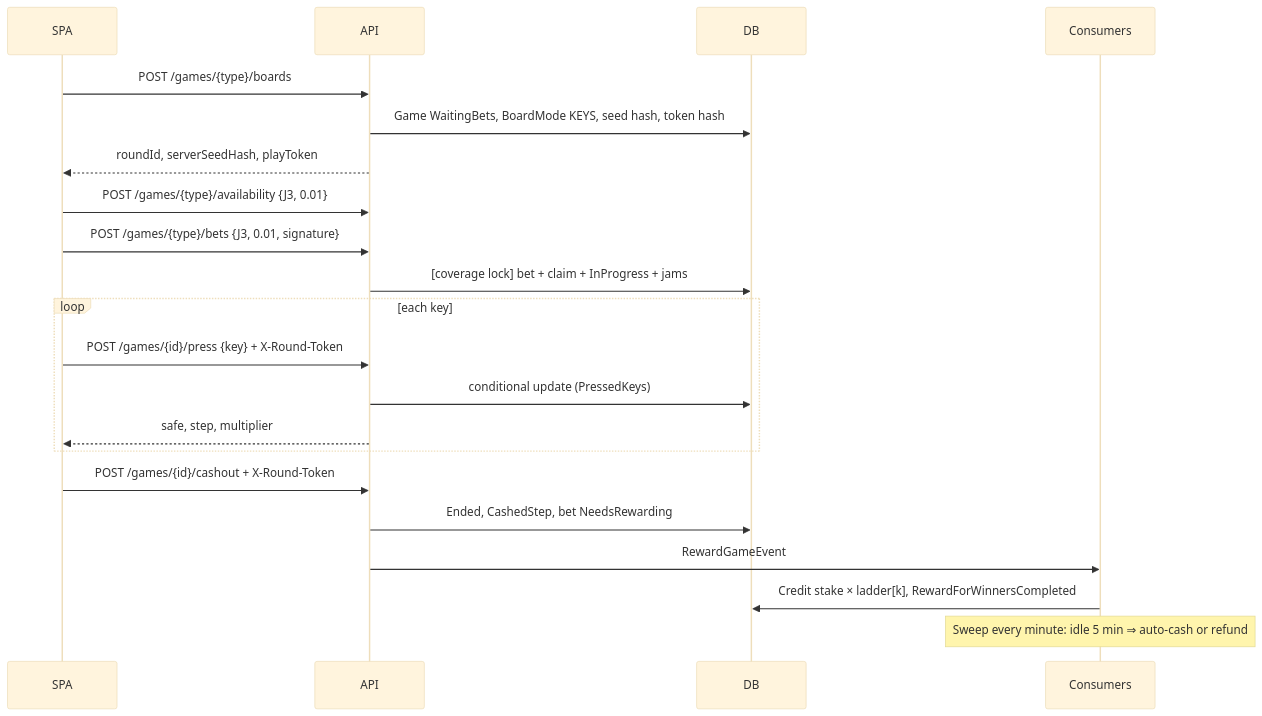
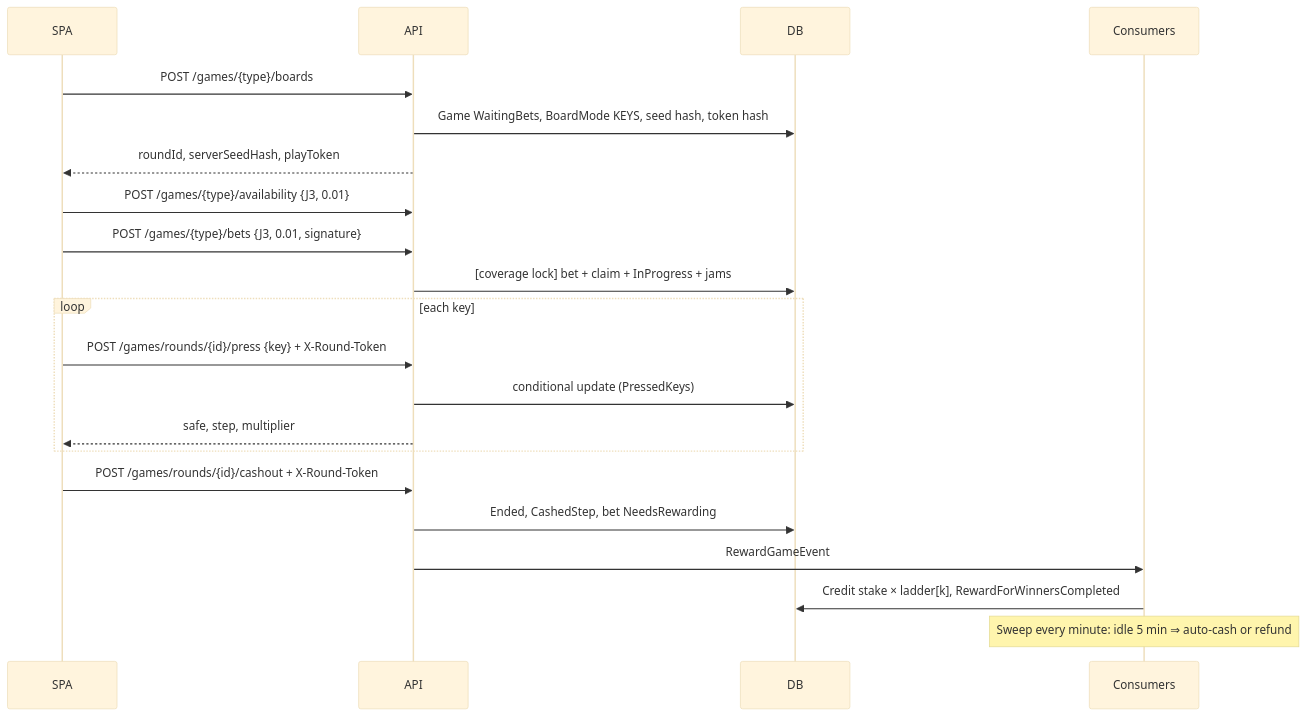
One commit to marcusruas/monkify-meta changed the diagram in specs/key-mines.md. Above: the diagram before and after it, drawn with Mermaid (base theme). The commit also changed other lines of this file and 2 other files, not shown here.

Commit message:
Key Mines: implementation plans; spec routes under rounds/{id}, S1 confirmed.

````diff
--- a/specs/key-mines.md
+++ b/specs/key-mines.md
@@ -485,23 +485,23 @@
 ```mermaid
 sequenceDiagram
   participant SPA
   participant API
   participant DB
   participant Consumers
   SPA->>API: POST /games/{type}/boards
   API->>DB: Game WaitingBets, BoardMode KEYS, seed hash, token hash
   API-->>SPA: roundId, serverSeedHash, playToken
   SPA->>API: POST /games/{type}/availability {J3, 0.01}
   SPA->>API: POST /games/{type}/bets {J3, 0.01, signature}
   API->>DB: [coverage lock] bet + claim + InProgress + jams
   loop each key
-    SPA->>API: POST /games/{id}/press {key} + X-Round-Token
+    SPA->>API: POST /games/rounds/{id}/press {key} + X-Round-Token
     API->>DB: conditional update (PressedKeys)
     API-->>SPA: safe, step, multiplier
   end
-  SPA->>API: POST /games/{id}/cashout + X-Round-Token
+  SPA->>API: POST /games/rounds/{id}/cashout + X-Round-Token
   API->>DB: Ended, CashedStep, bet NeedsRewarding
   API->>Consumers: RewardGameEvent
   Consumers->>DB: Credit stake × ladder[k], RewardForWinnersCompleted
   Note over Consumers: Sweep every minute: idle 5 min ⇒ auto-cash or refund
 ```
````
